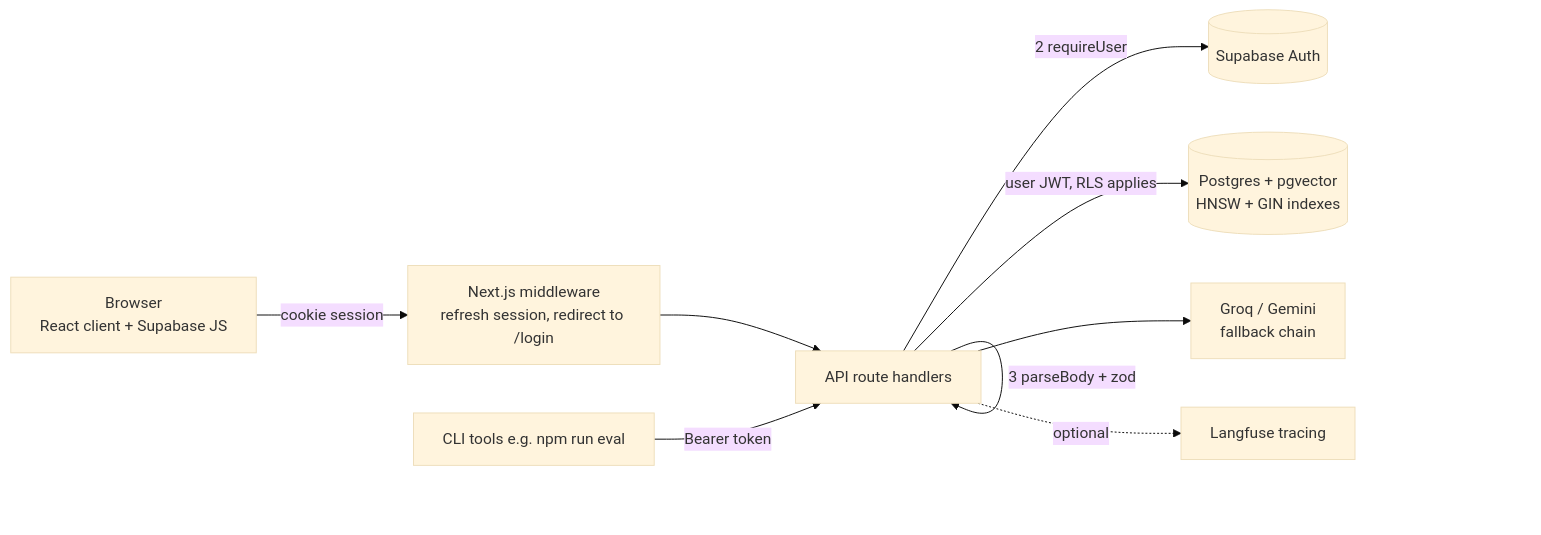
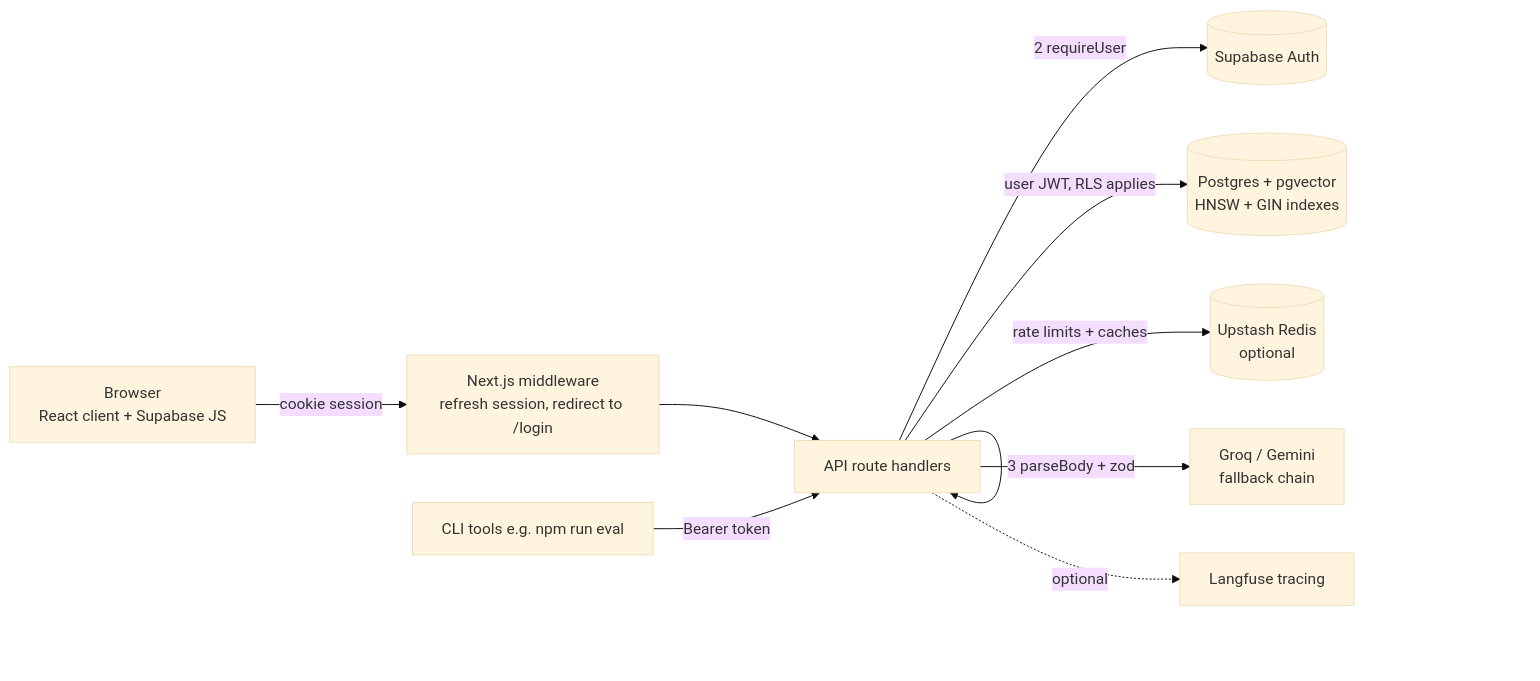
One commit to prasannawarad/RAGbase changed the diagram in docs/ARCHITECTURE.md. Above: the diagram before and after it, drawn with Mermaid (base theme). The commit also changed other lines of this file and 23 other files, not shown here.

First line of the commit message:
feat(cache): Redis rate limiting, per-user budgets, embedding and retrieval caches

````diff
--- a/docs/ARCHITECTURE.md
+++ b/docs/ARCHITECTURE.md
@@ -13,12 +13,13 @@
 ```mermaid
 flowchart LR
   B[Browser<br/>React client + Supabase JS] -->|cookie session| MW[Next.js middleware<br/>refresh session, redirect to /login]
   MW --> R[API route handlers]
   CLI[CLI tools e.g. npm run eval] -->|Bearer token| R
   R -->|1 guardRequest<br/>origin + rate limit| R
   R -->|2 requireUser| A[(Supabase Auth)]
   R -->|3 parseBody + zod| R
   R -->|user JWT, RLS applies| DB[(Postgres + pgvector<br/>HNSW + GIN indexes)]
+  R -->|rate limits + caches| RD[(Upstash Redis<br/>optional)]
   R --> LLM[Groq / Gemini<br/>fallback chain]
   R -.->|optional| LF[Langfuse tracing]
 ```
````
